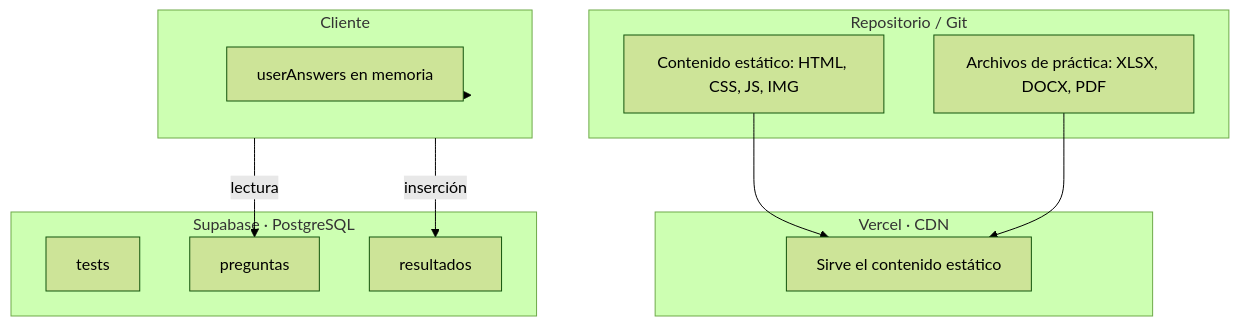
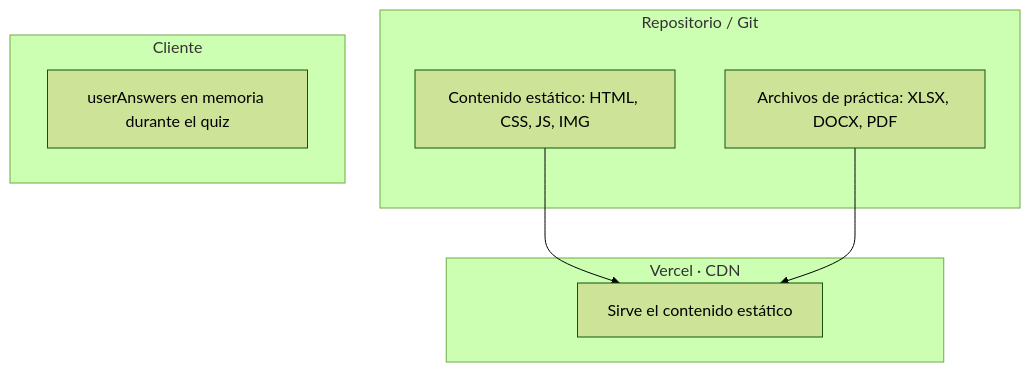
The diagram in docs/PERSISTENCIA.md (Samydex156/vanilla-blog-excel), drawn with Mermaid (forest theme) before and after one commit. The commit also changed other lines of this file and 6 other files, not shown here.

````diff
--- a/docs/PERSISTENCIA.md
+++ b/docs/PERSISTENCIA.md
@@ -7,27 +7,18 @@
 ```mermaid
 graph TD
     subgraph Repo[Repositorio / Git]
         CONT[Contenido estático: HTML, CSS, JS, IMG]
         PRAC[Archivos de práctica: XLSX, DOCX, PDF]
     end
 
     subgraph Vercel[Vercel · CDN]
         SERV[Sirve el contenido estático]
     end
 
-    subgraph Supabase[Supabase · PostgreSQL]
-        TESTS[tests]
-        PREG[preguntas]
-        RES[resultados]
-    end
-
     subgraph Navegador[Cliente]
-        MEM[userAnswers en memoria]
+        MEM[userAnswers en memoria durante el quiz]
     end
 
     CONT --> SERV
     PRAC --> SERV
-    Navegador -- lectura --> PREG
-    Navegador -- inserción --> RES
-    Navegador --> MEM
 ```
````
